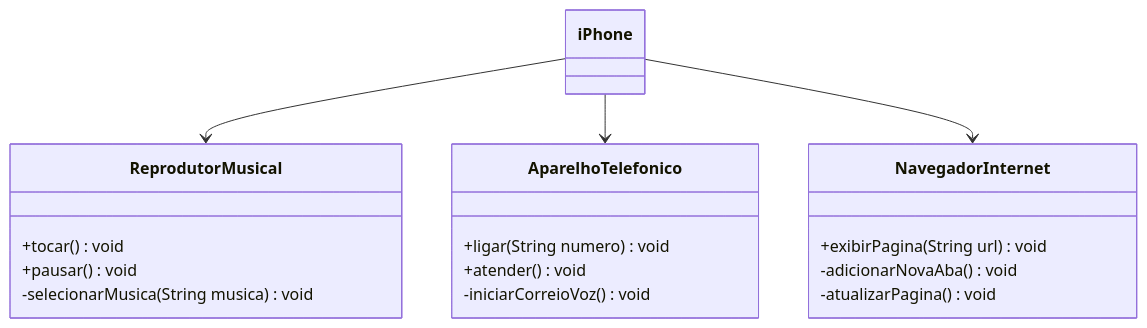
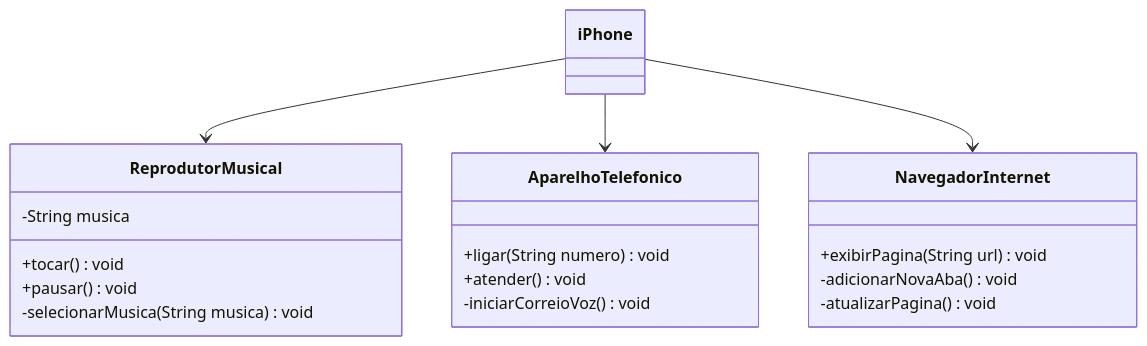
The diagram in README.md (diogocampos2/iPhone), drawn with Mermaid before and after one commit. The commit also changed 3 other files, not shown here.

````diff
--- a/README.md
+++ b/README.md
@@ -1,27 +1,28 @@
 ```mermaid
 classDiagram
     class ReprodutorMusical {
+        -String musica
         +tocar()  void 
         +pausar()  void 
         -selecionarMusica(String musica)  void
     }
 
     class AparelhoTelefonico {
         +ligar(String numero)  void
         +atender()  void
         -iniciarCorreioVoz()  void
     }
 
     class NavegadorInternet {
         +exibirPagina(String url)  void
         -adicionarNovaAba()  void
         -atualizarPagina()  void
     }
 
     class iPhone {
     }
 
     iPhone --> ReprodutorMusical
     iPhone --> AparelhoTelefonico
     iPhone --> NavegadorInternet
 ```
````
